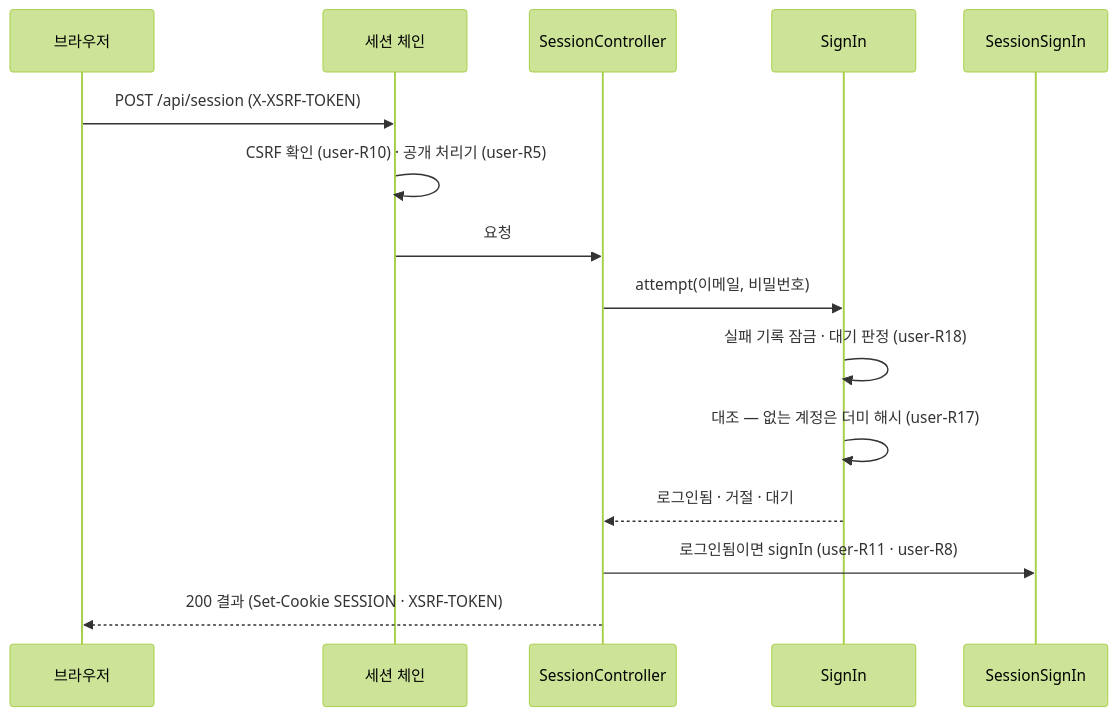
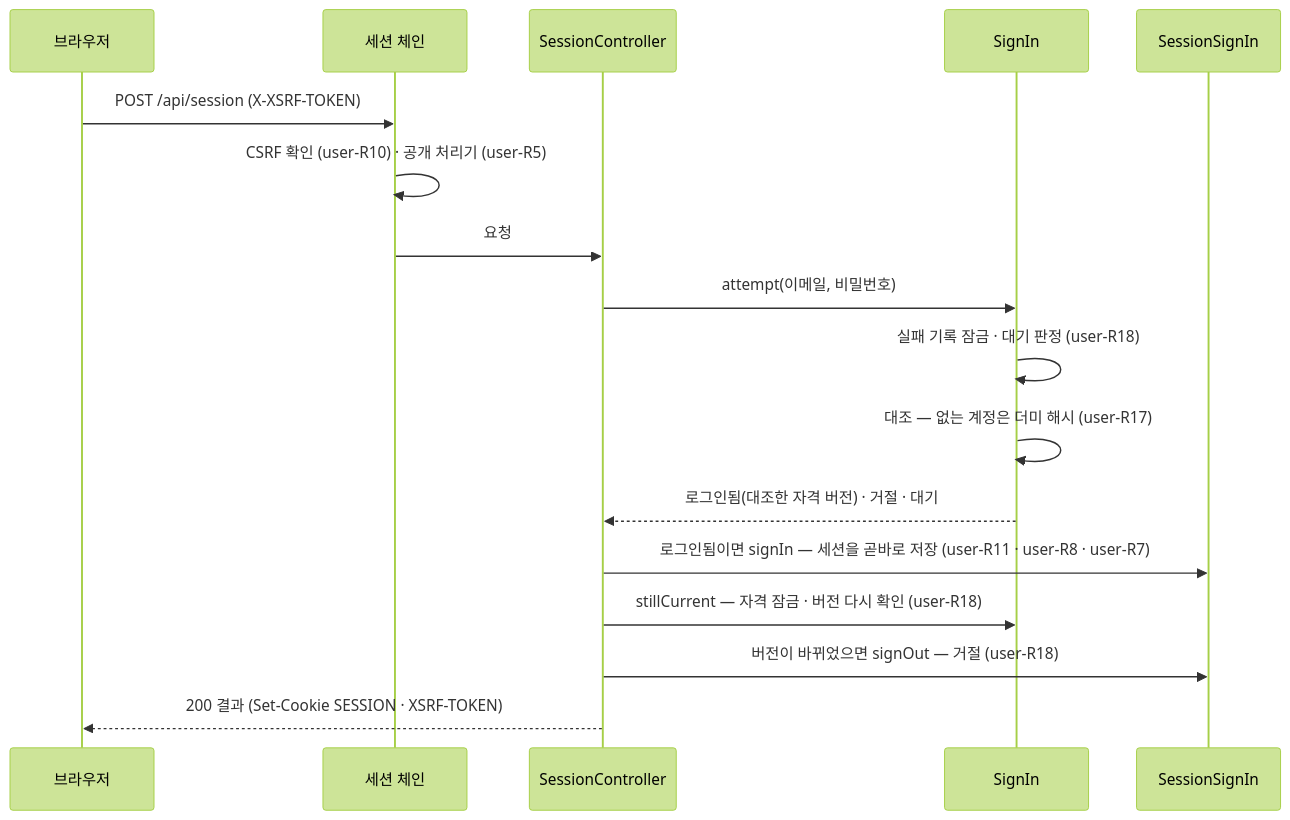
One commit to Theia0382/yozm-news changed the diagram in docs/specs/user.md. Above: the diagram before and after it, drawn with Mermaid (forest theme). The commit also changed other lines of this file and 10 other files, not shown here.

````diff
--- a/docs/specs/user.md
+++ b/docs/specs/user.md
@@ -347,17 +347,19 @@
 ```mermaid
 sequenceDiagram
     participant B as 브라우저
     participant C as 세션 체인
     participant S as SessionController
     participant I as SignIn
     participant N as SessionSignIn
     B->>C: POST /api/session (X-XSRF-TOKEN)
     C->>C: CSRF 확인 (user-R10) · 공개 처리기 (user-R5)
     C->>S: 요청
     S->>I: attempt(이메일, 비밀번호)
     I->>I: 실패 기록 잠금 · 대기 판정 (user-R18)
     I->>I: 대조 — 없는 계정은 더미 해시 (user-R17)
-    I-->>S: 로그인됨 · 거절 · 대기
-    S->>N: 로그인됨이면 signIn (user-R11 · user-R8)
+    I-->>S: 로그인됨(대조한 자격 버전) · 거절 · 대기
+    S->>N: 로그인됨이면 signIn — 세션을 곧바로 저장 (user-R11 · user-R8 · user-R7)
+    S->>I: stillCurrent — 자격 잠금 · 버전 다시 확인 (user-R18)
+    S->>N: 버전이 바뀌었으면 signOut — 거절 (user-R18)
     S-->>B: 200 결과 (Set-Cookie SESSION · XSRF-TOKEN)
 ```
````
